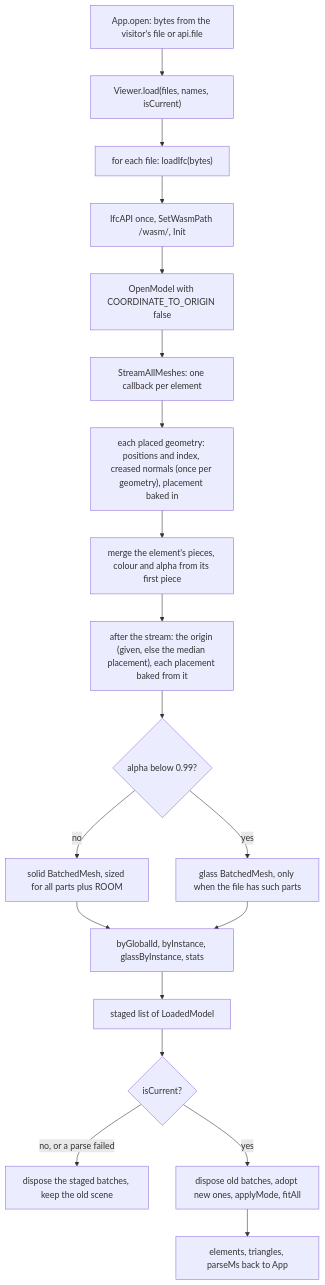
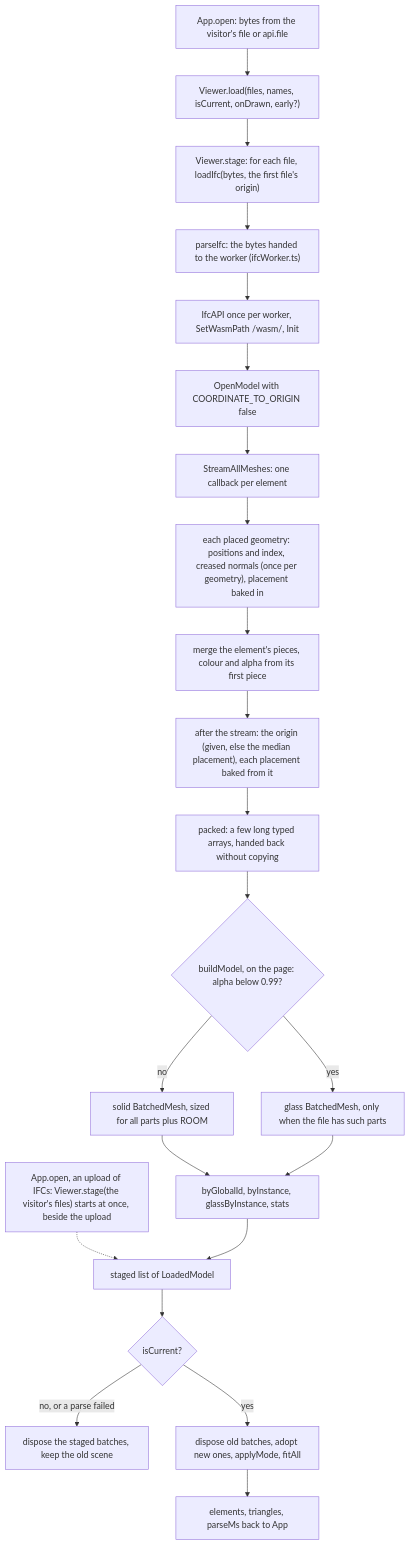
The first of 4 diagrams in docs/architecture/13-3d-viewer.md (IssueLab-Inc/ORCA), drawn with Mermaid before and after one commit. The commit also changed other lines of this file and 10 other files, not shown here.

First line of the commit message:
Parse models in a worker, and an upload while it goes up

````diff
--- a/docs/architecture/13-3d-viewer.md
+++ b/docs/architecture/13-3d-viewer.md
@@ -65,21 +68,24 @@
 ```mermaid
 flowchart TD
-  open["App.open: bytes from the visitor's file or api.file"] --> load["Viewer.load(files, names, isCurrent)"]
-  load --> each["for each file: loadIfc(bytes)"]
-  each --> init["IfcAPI once, SetWasmPath /wasm/, Init"]
+  up["App.open, an upload of IFCs: Viewer.stage(the visitor's files) starts at once, beside the upload"] -.-> staged
+  open["App.open: bytes from the visitor's file or api.file"] --> load["Viewer.load(files, names, isCurrent, onDrawn, early?)"]
+  load --> each["Viewer.stage: for each file, loadIfc(bytes, the first file's origin)"]
+  each --> worker["parseIfc: the bytes handed to the worker (ifcWorker.ts)"]
+  worker --> init["IfcAPI once per worker, SetWasmPath /wasm/, Init"]
   init --> om["OpenModel with COORDINATE_TO_ORIGIN false"]
   om --> stream["StreamAllMeshes: one callback per element"]
   stream --> geo["each placed geometry: positions and index, creased normals (once per geometry), placement baked in"]
   geo --> merge["merge the element's pieces, colour and alpha from its first piece"]
   merge --> origin["after the stream: the origin (given, else the median placement), each placement baked from it"]
-  origin --> split{"alpha below 0.99?"}
+  origin --> pack["packed: a few long typed arrays, handed back without copying"]
+  pack --> split{"buildModel, on the page: alpha below 0.99?"}
   split -->|"no"| solid["solid BatchedMesh, sized for all parts plus ROOM"]
   split -->|"yes"| glass["glass BatchedMesh, only when the file has such parts"]
   solid --> maps["byGlobalId, byInstance, glassByInstance, stats"]
   glass --> maps
   maps --> staged["staged list of LoadedModel"]
   staged --> current{"isCurrent?"}
   current -->|"no, or a parse failed"| dispose["dispose the staged batches, keep the old scene"]
   current -->|"yes"| adopt["dispose old batches, adopt new ones, applyMode, fitAll"]
   adopt --> stats["elements, triangles, parseMs back to App"]
 ```
````
